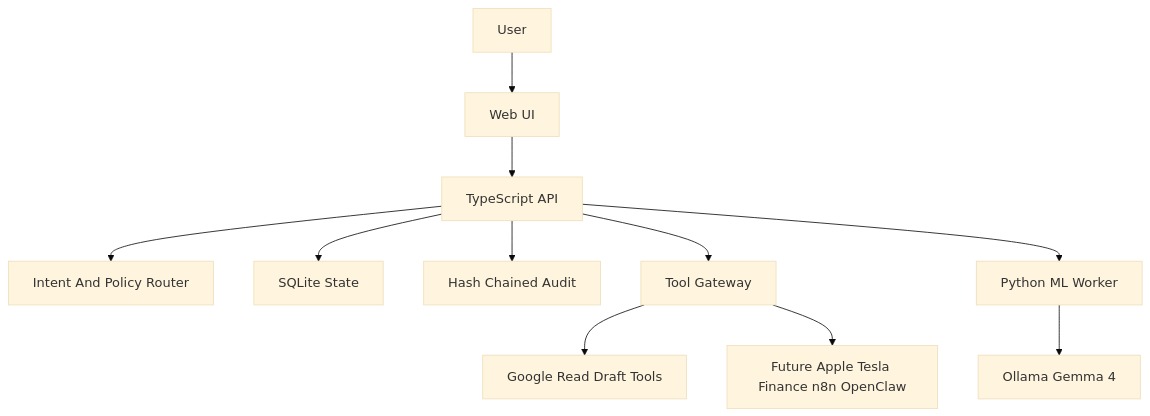
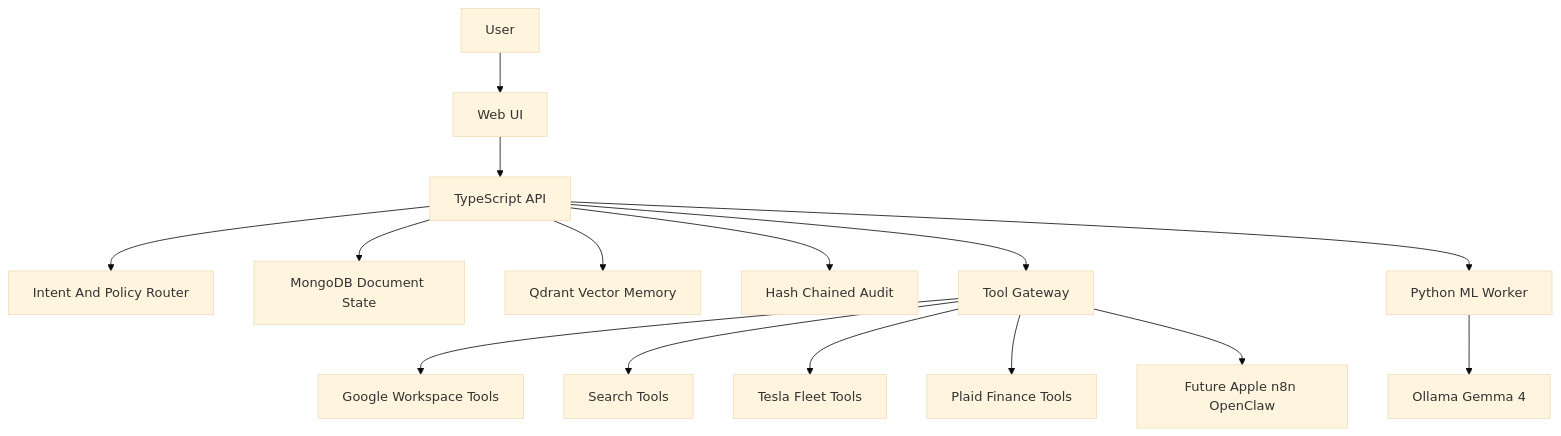
The diagram in docs/architecture.md (nickaruwang/MYLA-my-helpful-assistant), drawn with Mermaid (base theme) before and after one commit. The commit also changed other lines of this file and 31 other files, not shown here.

````diff
--- a/docs/architecture.md
+++ b/docs/architecture.md
@@ -8,13 +8,17 @@
 ```mermaid
 flowchart TD
   user[User] --> web[Web UI]
   web --> api[TypeScript API]
   api --> policy[Intent And Policy Router]
-  api --> sqlite[SQLite State]
+  api --> mongo[MongoDB Document State]
+  api --> qdrant[Qdrant Vector Memory]
   api --> audit[Hash Chained Audit]
   api --> tools[Tool Gateway]
   api --> ml[Python ML Worker]
   ml --> ollama[Ollama Gemma 4]
-  tools --> google[Google Read Draft Tools]
-  tools --> future[Future Apple Tesla Finance n8n OpenClaw]
+  tools --> google[Google Workspace Tools]
+  tools --> search[Search Tools]
+  tools --> tesla[Tesla Fleet Tools]
+  tools --> finance[Plaid Finance Tools]
+  tools --> future[Future Apple n8n OpenClaw]
 ```
````
